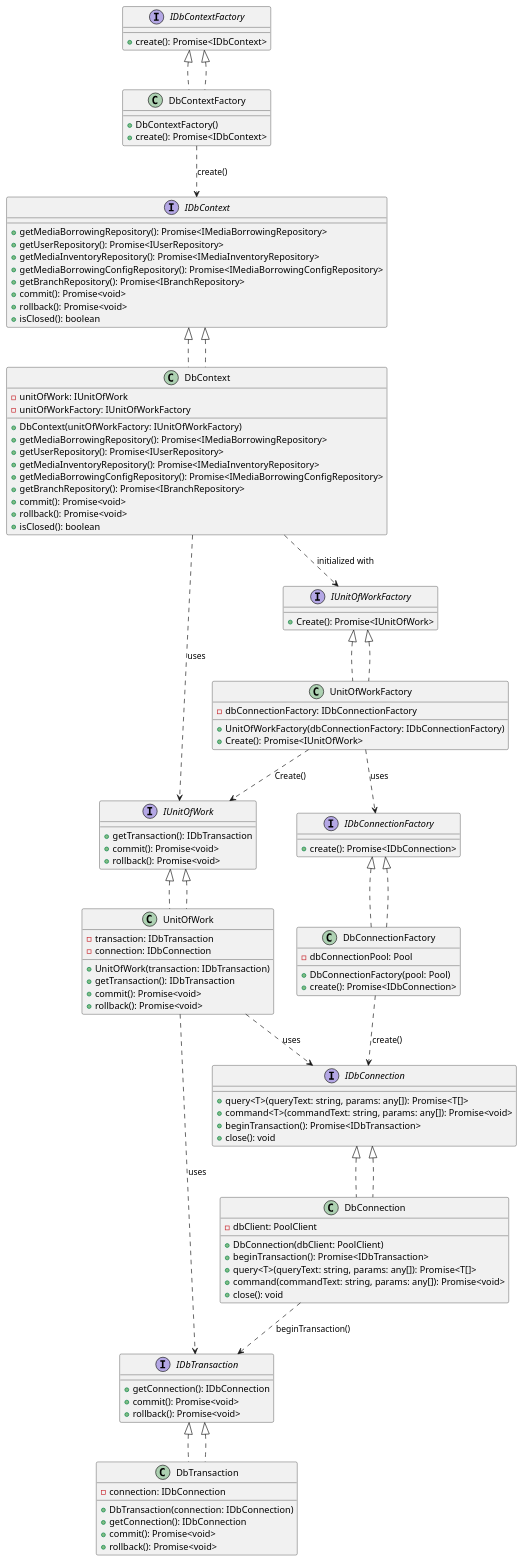
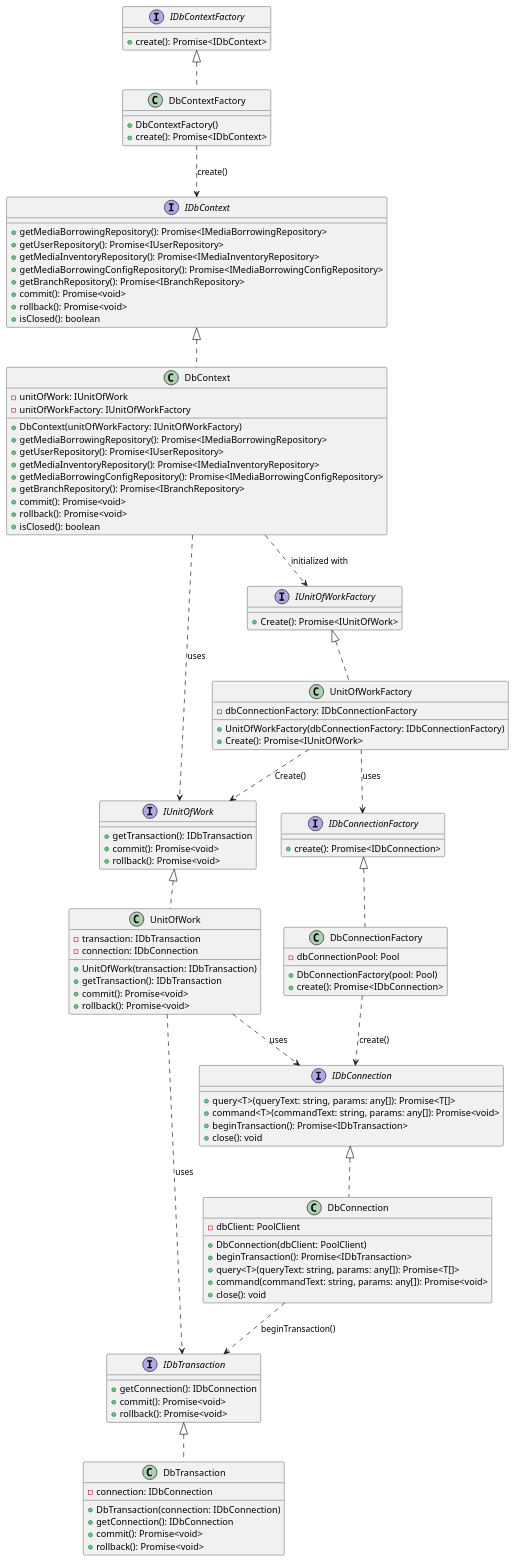
One commit to Nox-iv/group-11 changed the diagram in documentation/c4/level-4/media-borrowing/code/media-borrowing-db-classes.puml. Above: the diagram before and after it, drawn with PlantUML. The commit also changed 4 other files, not shown here.

```diff
--- a/documentation/c4/level-4/media-borrowing/code/media-borrowing-db-classes.puml
+++ b/documentation/c4/level-4/media-borrowing/code/media-borrowing-db-classes.puml
@@ -1,124 +1,116 @@
 @startuml
 
 interface IDbConnection {
     +query<T>(queryText: string, params: any[]): Promise<T[]>
     +command<T>(commandText: string, params: any[]): Promise<void>
     +beginTransaction(): Promise<IDbTransaction>
     +close(): void
 }
 
 interface IDbConnectionFactory {
     +create(): Promise<IDbConnection>
 }
 
 class DbConnection implements IDbConnection {
     -dbClient: PoolClient
     +DbConnection(dbClient: PoolClient)
     +beginTransaction(): Promise<IDbTransaction>
     +query<T>(queryText: string, params: any[]): Promise<T[]>
     +command(commandText: string, params: any[]): Promise<void>
     +close(): void
 }
 
 class DbConnectionFactory implements IDbConnectionFactory {
     -dbConnectionPool: Pool
     +DbConnectionFactory(pool: Pool)
     +create(): Promise<IDbConnection>
 }
 
 interface IDbTransaction {
     +getConnection(): IDbConnection
     +commit(): Promise<void>
     +rollback(): Promise<void>
 }
 
 class DbTransaction implements IDbTransaction {
     -connection: IDbConnection
     +DbTransaction(connection: IDbConnection)
     +getConnection(): IDbConnection
     +commit(): Promise<void>
     +rollback(): Promise<void>
 }
 
 interface IUnitOfWork {
     +getTransaction(): IDbTransaction
     +commit(): Promise<void>
     +rollback(): Promise<void>
 }
 
 interface IUnitOfWorkFactory {
     +Create(): Promise<IUnitOfWork>
 }
 
 class UnitOfWorkFactory implements IUnitOfWorkFactory {
     -dbConnectionFactory: IDbConnectionFactory
     +UnitOfWorkFactory(dbConnectionFactory: IDbConnectionFactory)
     +Create(): Promise<IUnitOfWork>
 }
 
 class UnitOfWork implements IUnitOfWork {
     -transaction: IDbTransaction
     -connection: IDbConnection
     +UnitOfWork(transaction: IDbTransaction)
     +getTransaction(): IDbTransaction
     +commit(): Promise<void>
     +rollback(): Promise<void>
 }
 
 interface IDbContext {
     +getMediaBorrowingRepository(): Promise<IMediaBorrowingRepository>
     +getUserRepository(): Promise<IUserRepository>
     +getMediaInventoryRepository(): Promise<IMediaInventoryRepository>
     +getMediaBorrowingConfigRepository(): Promise<IMediaBorrowingConfigRepository>
     +getBranchRepository(): Promise<IBranchRepository>
     +commit(): Promise<void>
     +rollback(): Promise<void>
     +isClosed(): boolean
 }
 
 class DbContext implements IDbContext {
     -unitOfWork: IUnitOfWork
     -unitOfWorkFactory: IUnitOfWorkFactory
     +DbContext(unitOfWorkFactory: IUnitOfWorkFactory)
     +getMediaBorrowingRepository(): Promise<IMediaBorrowingRepository>
     +getUserRepository(): Promise<IUserRepository>
     +getMediaInventoryRepository(): Promise<IMediaInventoryRepository>
     +getMediaBorrowingConfigRepository(): Promise<IMediaBorrowingConfigRepository>
     +getBranchRepository(): Promise<IBranchRepository>
     +commit(): Promise<void>
     +rollback(): Promise<void>
     +isClosed(): boolean
 }
 
 interface IDbContextFactory {
     +create(): Promise<IDbContext>
 }
 
 class DbContextFactory implements IDbContextFactory {
     +DbContextFactory()
     +create(): Promise<IDbContext>
 }
 
-IDbConnection <|.. DbConnection
-IDbConnectionFactory <|.. DbConnectionFactory
-IDbTransaction <|.. DbTransaction
-IUnitOfWorkFactory <|.. UnitOfWorkFactory
-IUnitOfWork <|.. UnitOfWork
-IDbContext <|.. DbContext
-IDbContextFactory <|.. DbContextFactory
-
 DbConnectionFactory ..> IDbConnection : create()
 UnitOfWorkFactory ..> IUnitOfWork : Create()
 UnitOfWorkFactory ..> IDbConnectionFactory : uses
 
 UnitOfWork ..> IDbTransaction : uses
 UnitOfWork ..> IDbConnection : uses
 
 DbConnection ..> IDbTransaction : beginTransaction()
 
 DbContextFactory ..> IDbContext : create()
 
 DbContext ..> IUnitOfWork : uses
 DbContext ..> IUnitOfWorkFactory : initialized with
 
 @enduml
```
